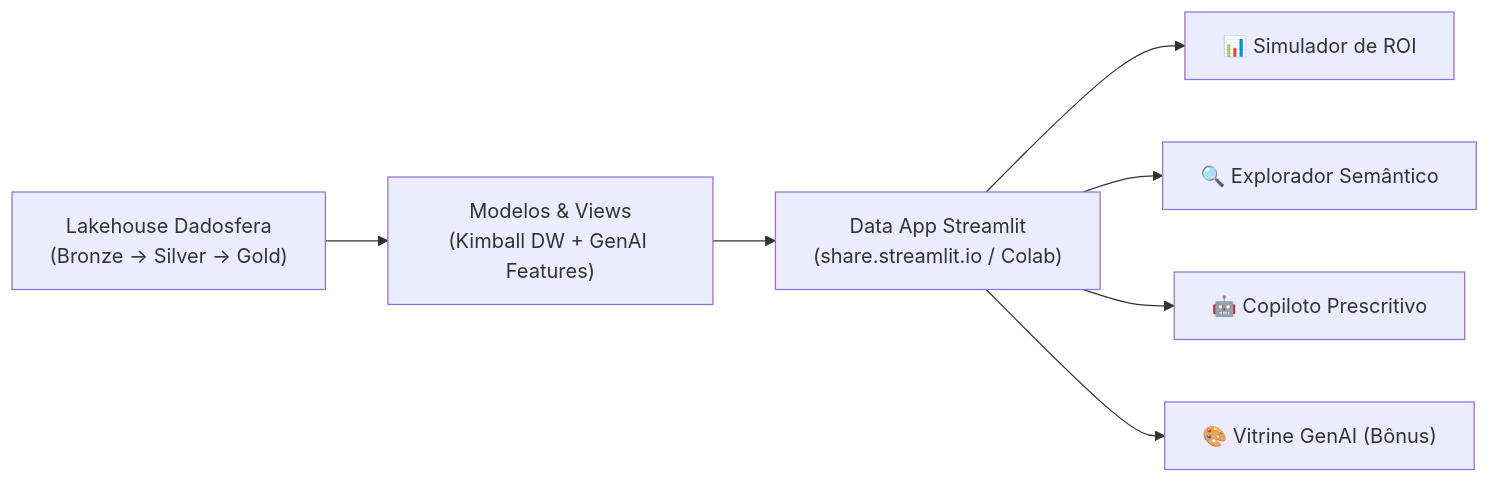
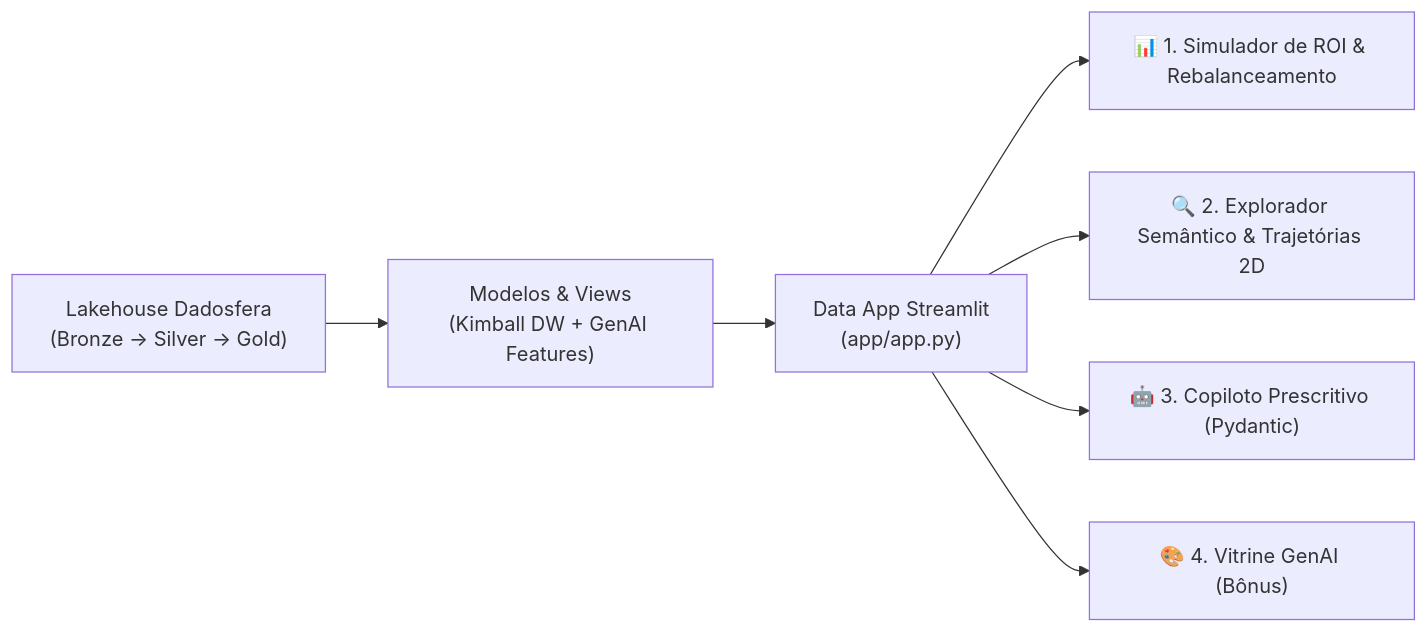
Before and after one commit to henriquesati/PEDRO_SALES_DDF_TECH_082026: the diagram in pipelines/case-item-09/outputs/data_app_report.md, drawn with Mermaid. The commit also changed other lines of this file and 41 other files, not shown here.

Commit message:
feat(refactor): remove legacy dashboards/assets, remove whisper references and modernize streamlit data app

````diff
--- a/pipelines/case-item-09/outputs/data_app_report.md
+++ b/pipelines/case-item-09/outputs/data_app_report.md
@@ -17,9 +17,9 @@
 ```mermaid
 flowchart LR
     LAKEHOUSE["Lakehouse Dadosfera\n(Bronze -> Silver -> Gold)"] --> MODELS["Modelos & Views\n(Kimball DW + GenAI Features)"]
-    MODELS --> STREAMLIT["Data App Streamlit\n(share.streamlit.io / Colab)"]
-    STREAMLIT --> M1["📊 Simulador de ROI"]
-    STREAMLIT --> M2["🔍 Explorador Semântico"]
-    STREAMLIT --> M3["🤖 Copiloto Prescritivo"]
-    STREAMLIT --> M4["🎨 Vitrine GenAI (Bônus)"]
+    MODELS --> STREAMLIT["Data App Streamlit\n(app/app.py)"]
+    STREAMLIT --> M1["📊 1. Simulador de ROI & Rebalanceamento"]
+    STREAMLIT --> M2["🔍 2. Explorador Semântico & Trajetórias 2D"]
+    STREAMLIT --> M3["🤖 3. Copiloto Prescritivo (Pydantic)"]
+    STREAMLIT --> M4["🎨 4. Vitrine GenAI (Bônus)"]
 ```
````
